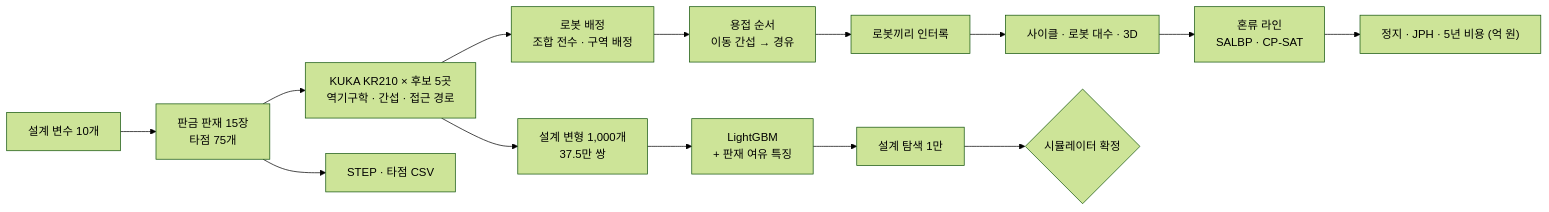
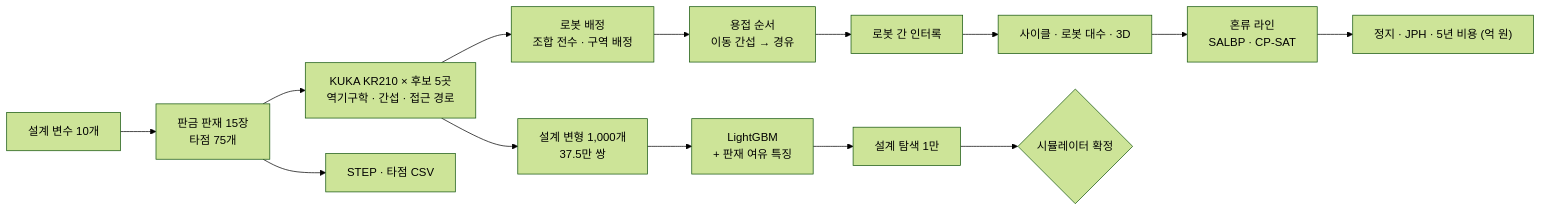
Before and after one commit to Haejyn/biw-weld-twin: the diagram in README.md, drawn with Mermaid (forest theme). The commit also changed other lines of this file, not shown here.

````diff
--- a/README.md
+++ b/README.md
@@ -42,16 +37,16 @@
 ```mermaid
 flowchart LR
     D["설계 변수 10개"] --> B["판금 판재 15장<br/>타점 75개"]
     B --> K["KUKA KR210 × 후보 5곳<br/>역기구학 · 간섭 · 접근 경로"]
     K --> P["로봇 배정<br/>조합 전수 · 구역 배정"]
     P --> Q["용접 순서<br/>이동 간섭 → 경유"]
-    Q --> I["로봇끼리 인터록"]
+    Q --> I["로봇 간 인터록"]
     I --> T["사이클 · 로봇 대수 · 3D"]
     K --> G["설계 변형 1,000개<br/>37.5만 쌍"]
     G --> AI["LightGBM<br/>+ 판재 여유 특징"]
     AI --> S["설계 탐색 1만"]
     S --> C{"시뮬레이터 확정"}
     B --> CAD["STEP · 타점 CSV"]
     T --> L["혼류 라인<br/>SALBP · CP-SAT"]
     L --> Z["정지 · JPH · 5년 비용 (억 원)"]
 ```
````
